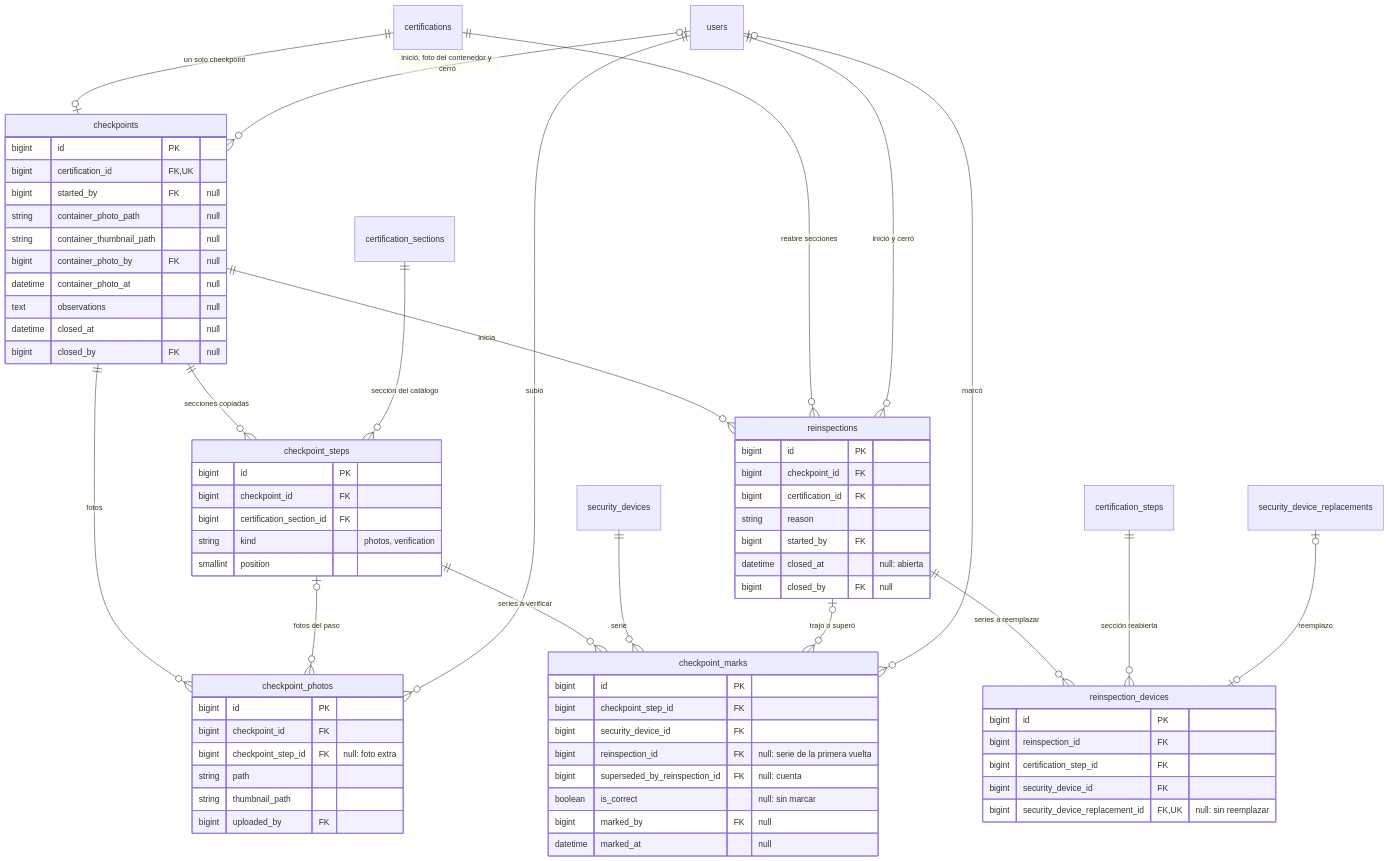
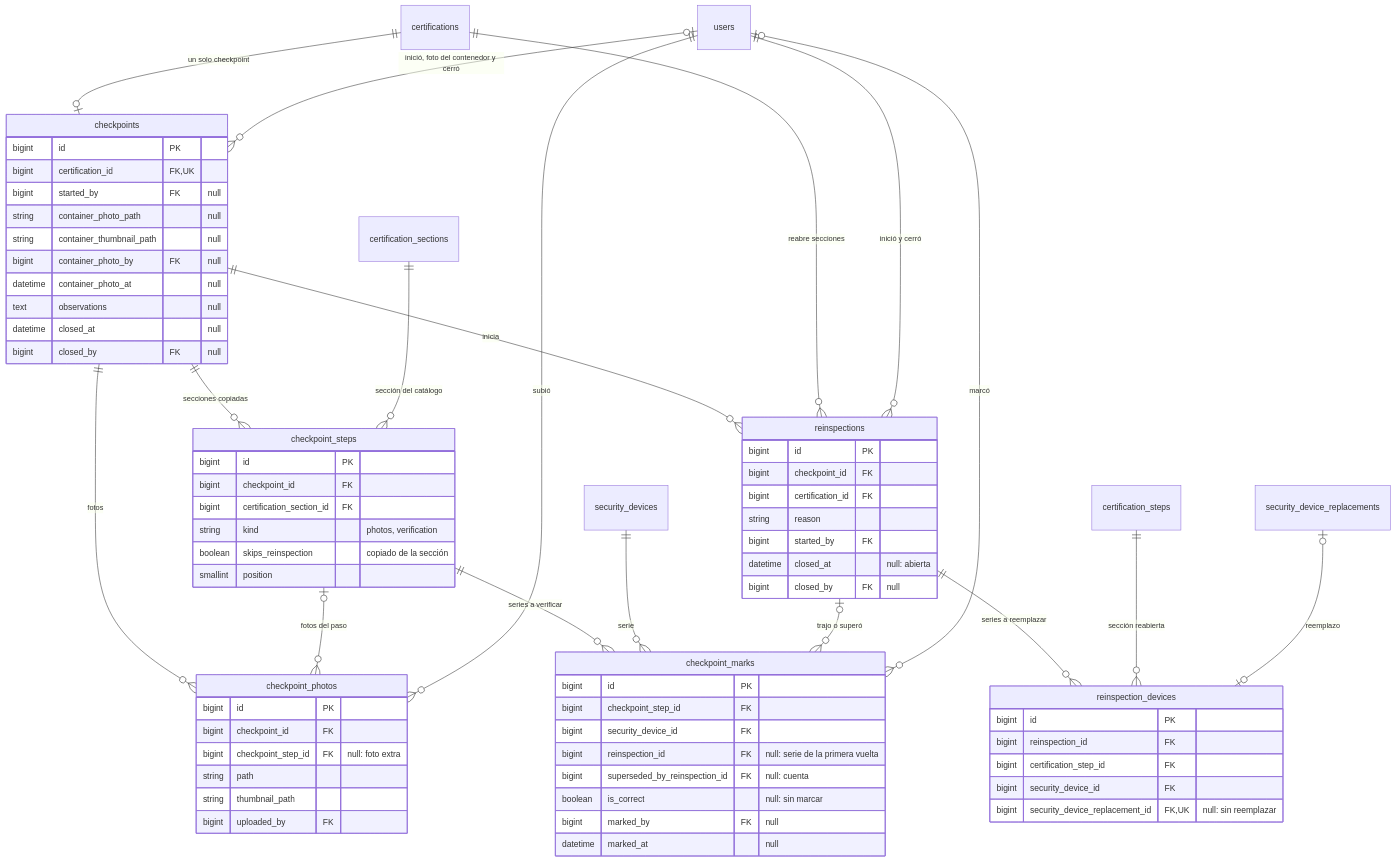
Before and after one commit to Cerati1998/SIGLA-TOS: diagram 13 of 13 in docs/database.md, drawn with Mermaid. The commit also changed other lines of this file and 3 other files, not shown here.

````diff
--- a/docs/database.md
+++ b/docs/database.md
@@ -577,74 +579,75 @@
 ```mermaid
 erDiagram
   certifications ||--o| checkpoints : "un solo checkpoint"
   checkpoints ||--o{ checkpoint_steps : "secciones copiadas"
   certification_sections ||--o{ checkpoint_steps : "sección del catálogo"
   checkpoints ||--o{ checkpoint_photos : "fotos"
   checkpoint_steps |o--o{ checkpoint_photos : "fotos del paso"
   checkpoint_steps ||--o{ checkpoint_marks : "series a verificar"
   security_devices ||--o{ checkpoint_marks : "serie"
   checkpoints ||--o{ reinspections : "inicia"
   certifications ||--o{ reinspections : "reabre secciones"
   reinspections ||--o{ reinspection_devices : "series a reemplazar"
   certification_steps ||--o{ reinspection_devices : "sección reabierta"
   security_device_replacements |o--o| reinspection_devices : "reemplazo"
   reinspections |o--o{ checkpoint_marks : "trajo o superó"
   users ||--o{ reinspections : "inició y cerró"
   users |o--o{ checkpoints : "inició, foto del contenedor y cerró"
   users ||--o{ checkpoint_photos : "subió"
   users |o--o{ checkpoint_marks : "marcó"
 
   checkpoints {
     bigint id PK
     bigint certification_id FK, UK
     bigint started_by FK "null"
     string container_photo_path "null"
     string container_thumbnail_path "null"
     bigint container_photo_by FK "null"
     datetime container_photo_at "null"
     text observations "null"
     datetime closed_at "null"
     bigint closed_by FK "null"
   }
   checkpoint_steps {
     bigint id PK
     bigint checkpoint_id FK
     bigint certification_section_id FK
     string kind "photos, verification"
+    boolean skips_reinspection "copiado de la sección"
     smallint position
   }
   checkpoint_photos {
     bigint id PK
     bigint checkpoint_id FK
     bigint checkpoint_step_id FK "null: foto extra"
     string path
     string thumbnail_path
     bigint uploaded_by FK
   }
   checkpoint_marks {
     bigint id PK
     bigint checkpoint_step_id FK
     bigint security_device_id FK
     bigint reinspection_id FK "null: serie de la primera vuelta"
     bigint superseded_by_reinspection_id FK "null: cuenta"
     boolean is_correct "null: sin marcar"
     bigint marked_by FK "null"
     datetime marked_at "null"
   }
   reinspections {
     bigint id PK
     bigint checkpoint_id FK
     bigint certification_id FK
     string reason
     bigint started_by FK
     datetime closed_at "null: abierta"
     bigint closed_by FK "null"
   }
   reinspection_devices {
     bigint id PK
     bigint reinspection_id FK
     bigint certification_step_id FK
     bigint security_device_id FK
     bigint security_device_replacement_id FK, UK "null: sin reemplazar"
   }
 ```
````
